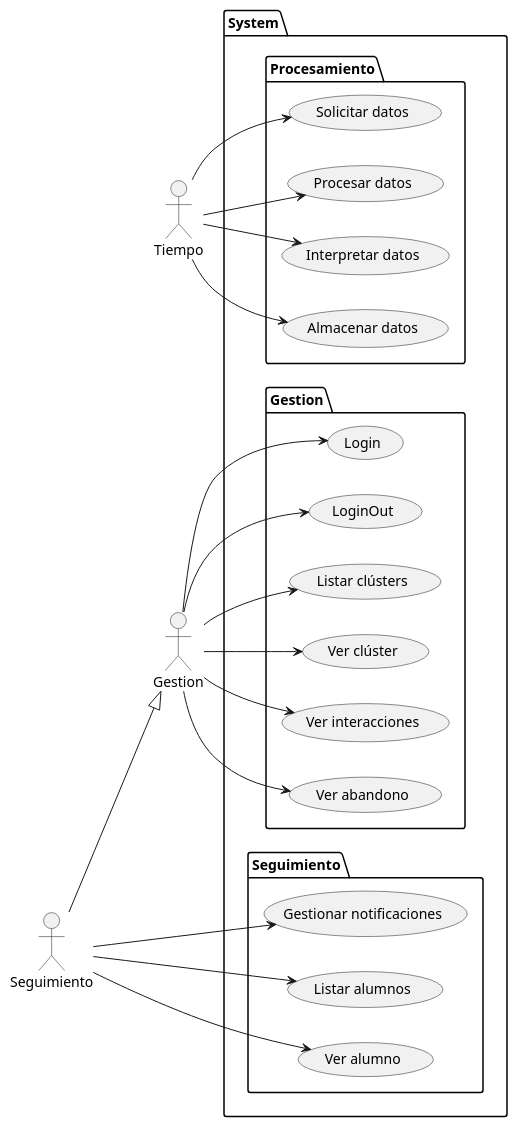
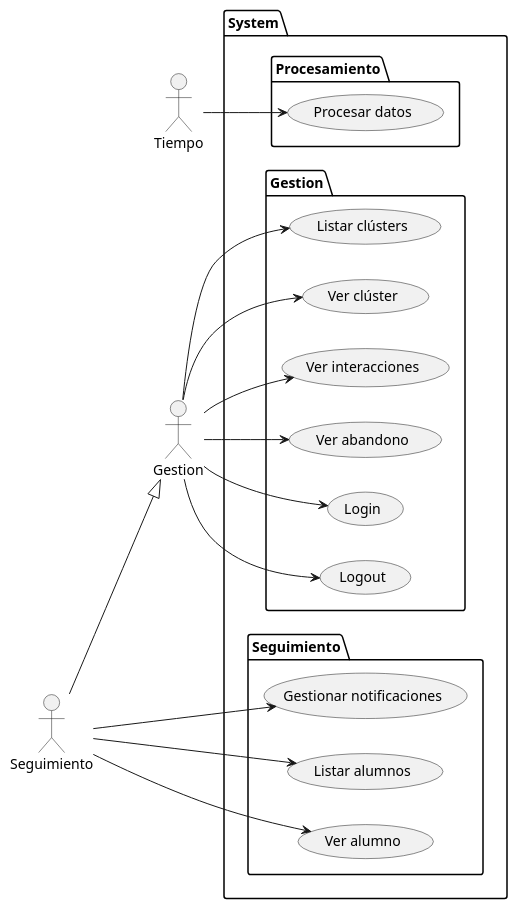
The diagram in 000-entregas/Grupo1/CasosDeUso/CasosDeUso.puml (mmasias/IdSw1-22-23), drawn with PlantUML before and after one commit. The commit also changed 18 other files, not shown here.

```diff
--- a/000-entregas/Grupo1/CasosDeUso/CasosDeUso.puml
+++ b/000-entregas/Grupo1/CasosDeUso/CasosDeUso.puml
@@ -1,51 +1,43 @@
 @startuml CasosDeUso
 left to right direction
 
 actor "Tiempo" as Tiempo
+actor "Seguimiento"	as SEG
 actor "Gestion" as GEST
-actor "Seguimiento"	as SEG
-
 
 package System {
 
   package Procesamiento {
-    usecase "Solicitar datos" as SD
     usecase "Procesar datos" as PD
-    usecase "Interpretar datos" as ID
-    usecase "Almacenar datos" as AD
   }
   package Seguimiento {
     usecase "Gestionar notificaciones" as GN
     usecase "Listar alumnos" as LA
     usecase "Ver alumno" as VA
   }
   package Gestion {
-    usecase "Login" as Login
-    usecase "LoginOut" as LoginOut
     usecase "Listar clústers" as LC
     usecase "Ver clúster" as VC
     usecase "Ver interacciones" as VI
     usecase "Ver abandono" as VAB
+    usecase "Login" as Login
+    usecase "Logout" as Logout
   }
 }
 
-Tiempo --> SD
-Tiempo --> AD
 Tiempo --> PD
-Tiempo --> ID
 
 SEG --|> GEST
 
+SEG --> (LA)
+SEG --> (VA)
+SEG --> (GN)
+
 GEST --> (Login)
-GEST --> (LoginOut)
+GEST --> (Logout)
 GEST --> (LC)
 GEST --> (VC)
 GEST --> (VAB)
 GEST --> (VI)
 
-SEG --> (LA)
-SEG --> (VA)
-SEG --> (GN)
-
-
 @enduml
```
